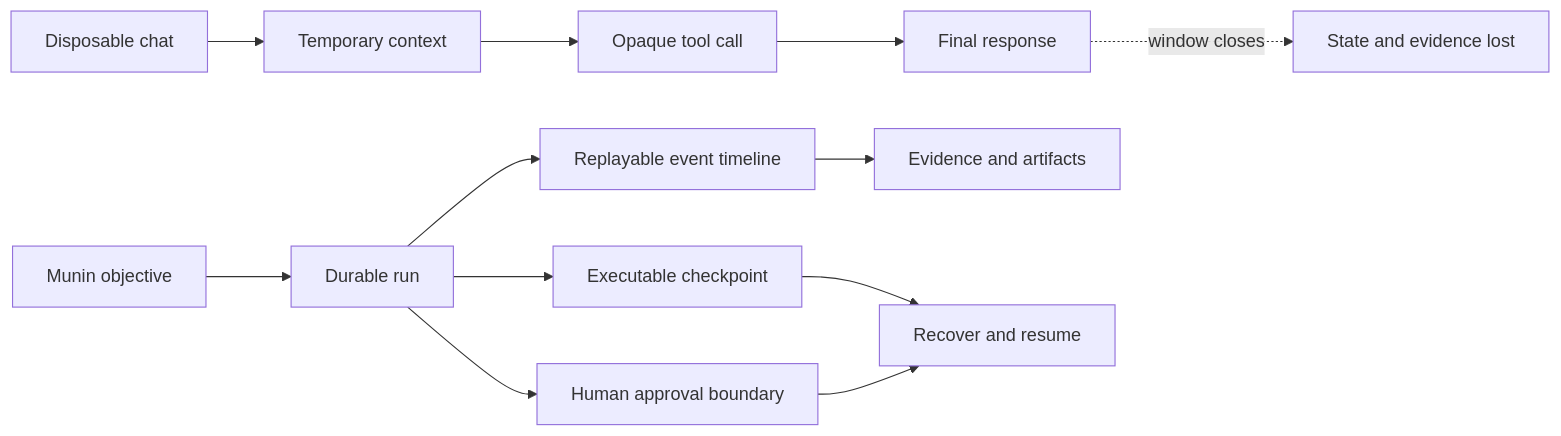
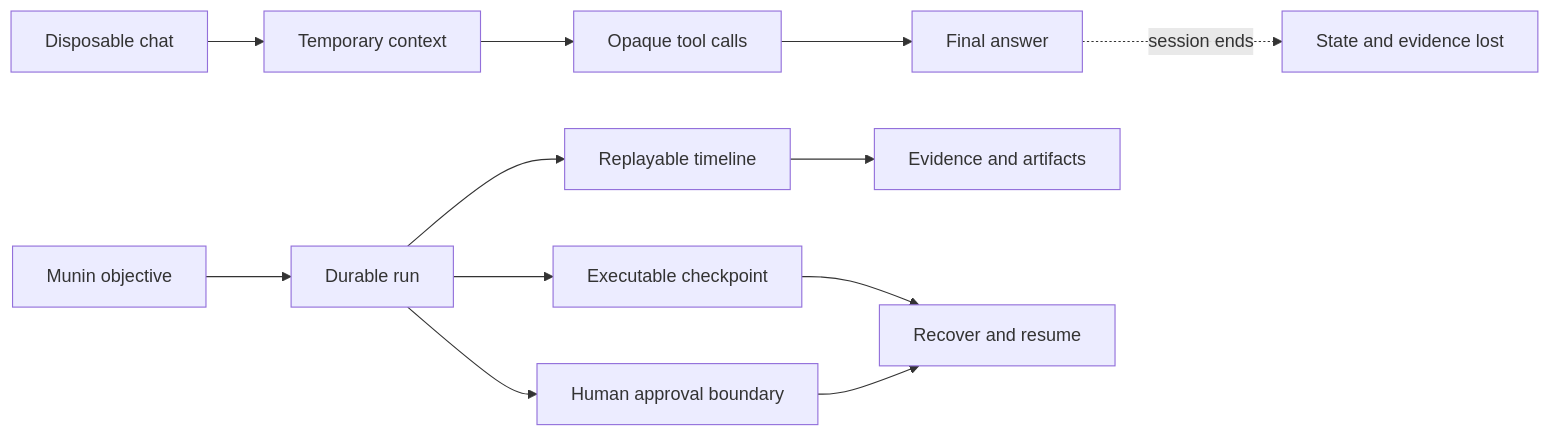
One commit to PrinceOfPwn/Munin changed the second of 9 diagrams in README.md. Above: the diagram before and after it, drawn with Mermaid. The commit also changed other lines of this file, not shown here.

````diff
--- a/README.md
+++ b/README.md
@@ -81,15 +84,15 @@
 ```mermaid
 flowchart LR
-    Chat[Disposable chat] --> Context[Temporary context]
-    Context --> Tool[Opaque tool call]
-    Tool --> Result[Final response]
-    Result -. window closes .-> Lost[State and evidence lost]
+    Chat[Disposable chat] --> Temp[Temporary context]
+    Temp --> Opaque[Opaque tool calls]
+    Opaque --> Answer[Final answer]
+    Answer -. session ends .-> Lost[State and evidence lost]
 
     Objective[Munin objective] --> Run[Durable run]
-    Run --> Events[Replayable event timeline]
+    Run --> Timeline[Replayable timeline]
     Run --> Approval[Human approval boundary]
     Run --> Checkpoint[Executable checkpoint]
-    Events --> Evidence[Evidence and artifacts]
+    Timeline --> Evidence[Evidence and artifacts]
     Checkpoint --> Resume[Recover and resume]
     Approval --> Resume
 ```
````
